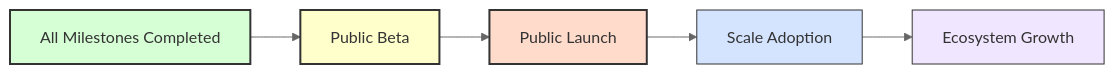
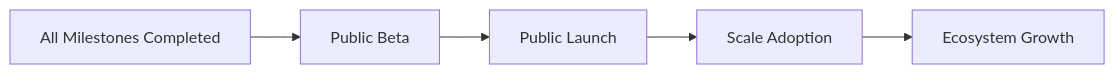
One commit to Gigentic/gigentic-frontend changed the fourth of 4 diagrams in notes/ST-DE-Grant-2024/ST-DE-grant-completion-report.md. Above: the diagram before and after it, drawn with Mermaid. The commit also changed other lines of this file, not shown here.

````diff
--- a/notes/ST-DE-Grant-2024/ST-DE-grant-completion-report.md
+++ b/notes/ST-DE-Grant-2024/ST-DE-grant-completion-report.md
@@ -183,15 +175,7 @@
 ```mermaid
 flowchart LR
-    %%{ init: { 'theme': 'default', 'themeVariables': { 'background': '#ffffff', 'primaryColor': '#d4e4ff', 'secondaryColor': '#f0f0f0', 'tertiaryColor': '#f8f8f8', 'primaryTextColor': '#333', 'lineColor': '#666', 'mainBkg': '#ffffff', 'nodeBorder': '#333', 'clusterBkg': '#ffffff', 'fontSize': '16px' } } }%%
-
     A[All Milestones Completed] --> B[Public Beta]
     B --> C[Public Launch]
     C --> D[Scale Adoption]
     D --> E[Ecosystem Growth]
-
-    style A fill:#d6ffd6,stroke:#333,color:#333,stroke-width:2px
-    style B fill:#ffffcc,stroke:#333,color:#333,stroke-width:2px
-    style C fill:#ffdbcc,stroke:#333,color:#333,stroke-width:2px
-    style D fill:#d4e4ff,stroke:#333,color:#333
-    style E fill:#f0e6ff,stroke:#333,color:#333
 ```
````
